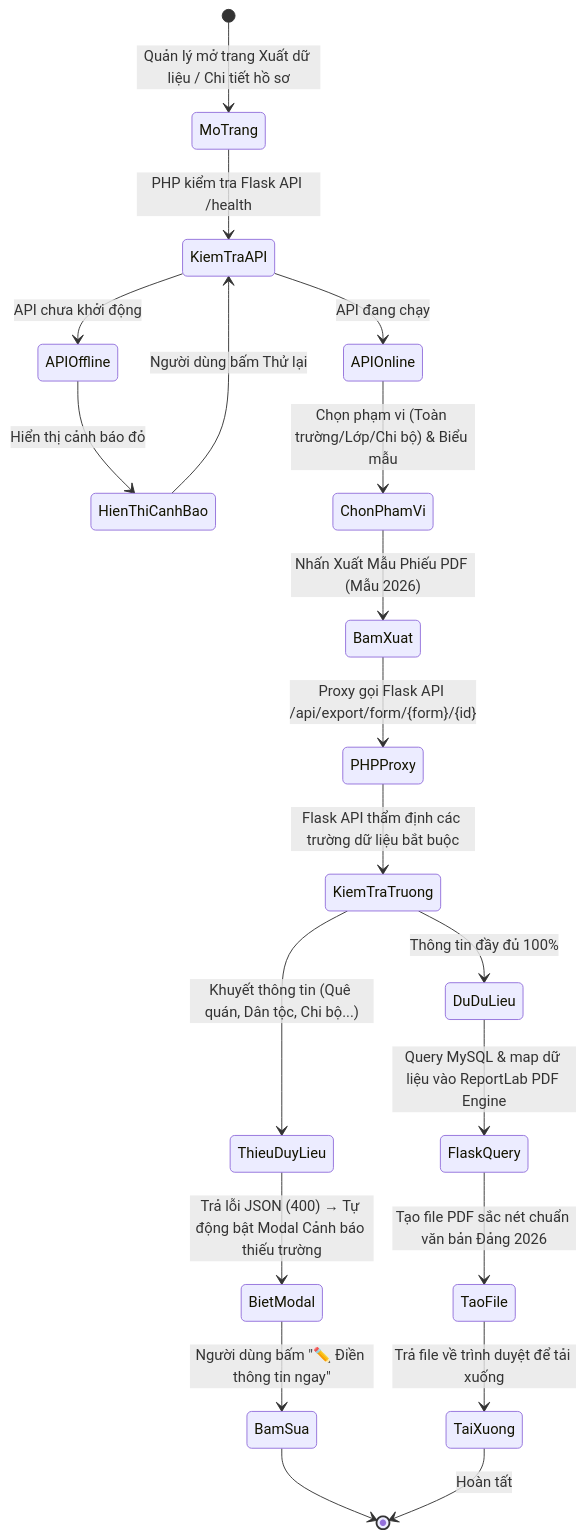
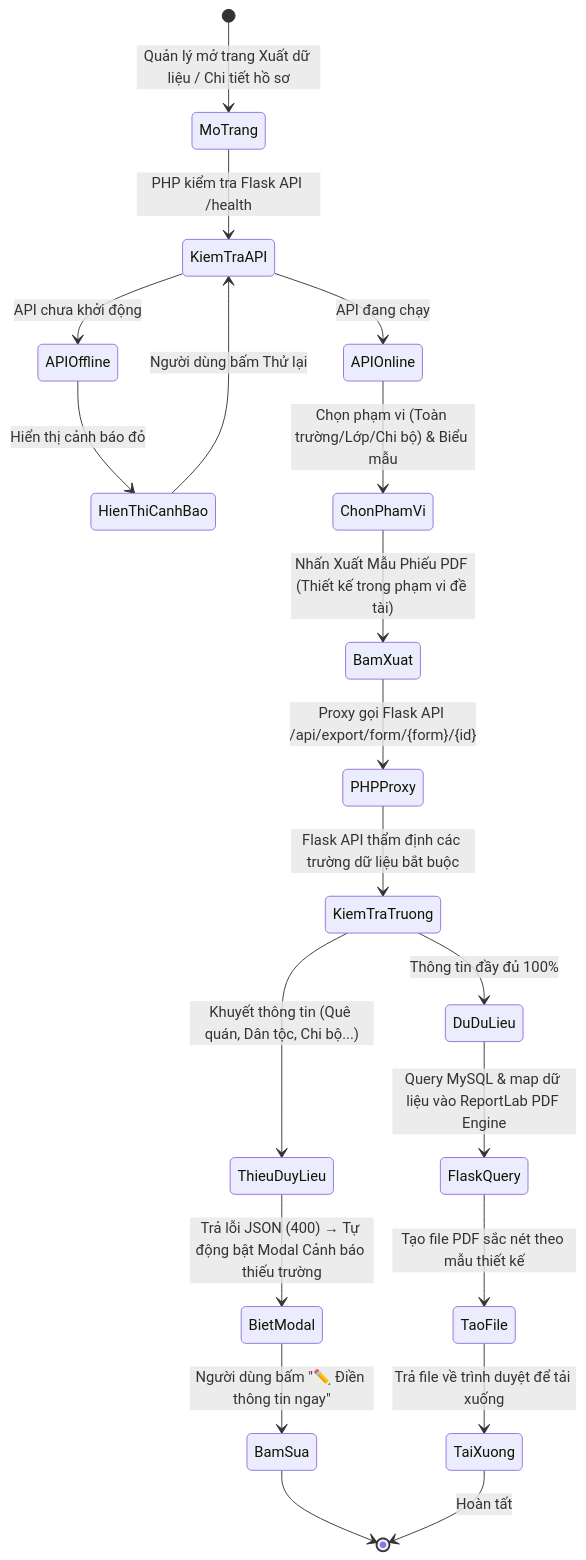
Before and after one commit to Datdajt03/QLQTUT-Dang: the sixth of 10 diagrams in chitiet.md, drawn with Mermaid. The commit also changed other lines of this file and 67 other files, not shown here.

````diff
--- a/chitiet.md
+++ b/chitiet.md
@@ -514,29 +532,29 @@
 ```mermaid
 stateDiagram-v2
     [*] --> MoTrang : Quản lý mở trang Xuất dữ liệu / Chi tiết hồ sơ
     MoTrang --> KiemTraAPI : PHP kiểm tra Flask API /health
     KiemTraAPI --> APIOnline : API đang chạy
     KiemTraAPI --> APIOffline : API chưa khởi động
 
     APIOffline --> HienThiCanhBao : Hiển thị cảnh báo đỏ
     HienThiCanhBao --> KiemTraAPI : Người dùng bấm Thử lại
 
     APIOnline --> ChonPhamVi : Chọn phạm vi (Toàn trường/Lớp/Chi bộ) & Biểu mẫu
-    ChonPhamVi --> BamXuat : Nhấn Xuất Mẫu Phiếu PDF (Mẫu 2026)
+    ChonPhamVi --> BamXuat : Nhấn Xuất Mẫu Phiếu PDF (Thiết kế trong phạm vi đề tài)
 
     BamXuat --> PHPProxy : Proxy gọi Flask API /api/export/form/{form}/{id}
     PHPProxy --> KiemTraTruong : Flask API thẩm định các trường dữ liệu bắt buộc
 
     state KiemTraTruong <<choice>>
     KiemTraTruong --> ThieuDuyLieu : Khuyết thông tin (Quê quán, Dân tộc, Chi bộ...)
     KiemTraTruong --> DuDuLieu : Thông tin đầy đủ 100%
 
     ThieuDuyLieu --> BietModal : Trả lỗi JSON (400) → Tự động bật Modal Cảnh báo thiếu trường
     BietModal --> BamSua : Người dùng bấm "✏️ Điền thông tin ngay"
     BamSua --> [*]
 
     DuDuLieu --> FlaskQuery : Query MySQL & map dữ liệu vào ReportLab PDF Engine
-    FlaskQuery --> TaoFile : Tạo file PDF sắc nét chuẩn văn bản Đảng 2026
+    FlaskQuery --> TaoFile : Tạo file PDF sắc nét theo mẫu thiết kế
     TaoFile --> TaiXuong : Trả file về trình duyệt để tải xuống
     TaiXuong --> [*] : Hoàn tất
 ```
````
